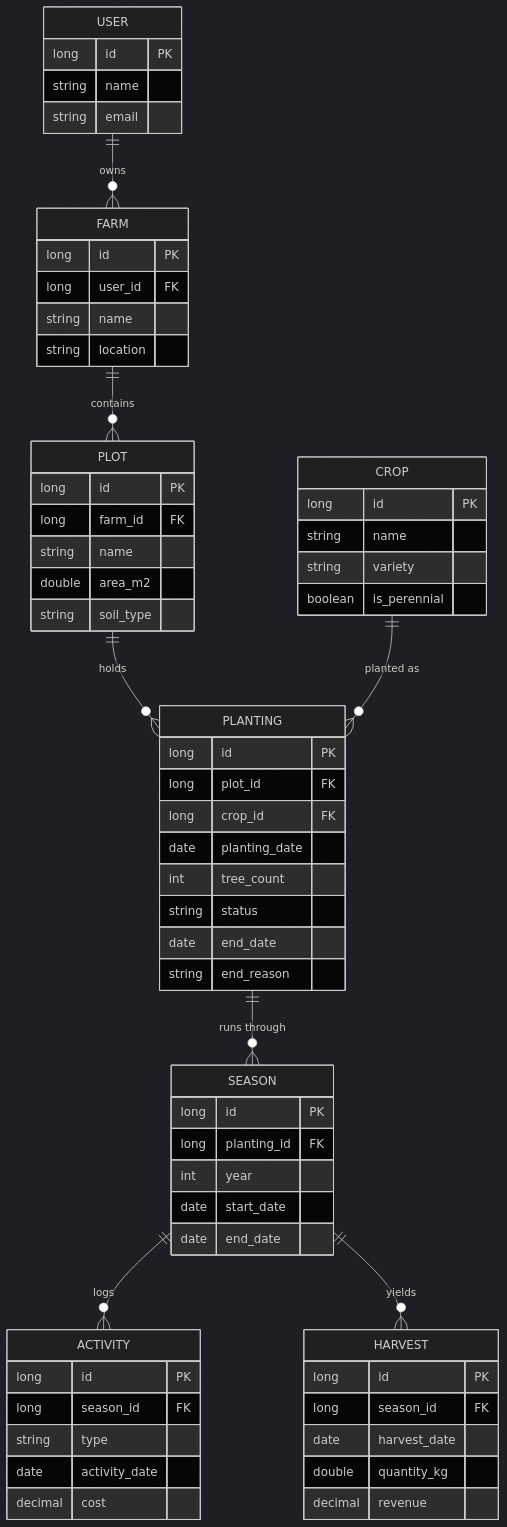
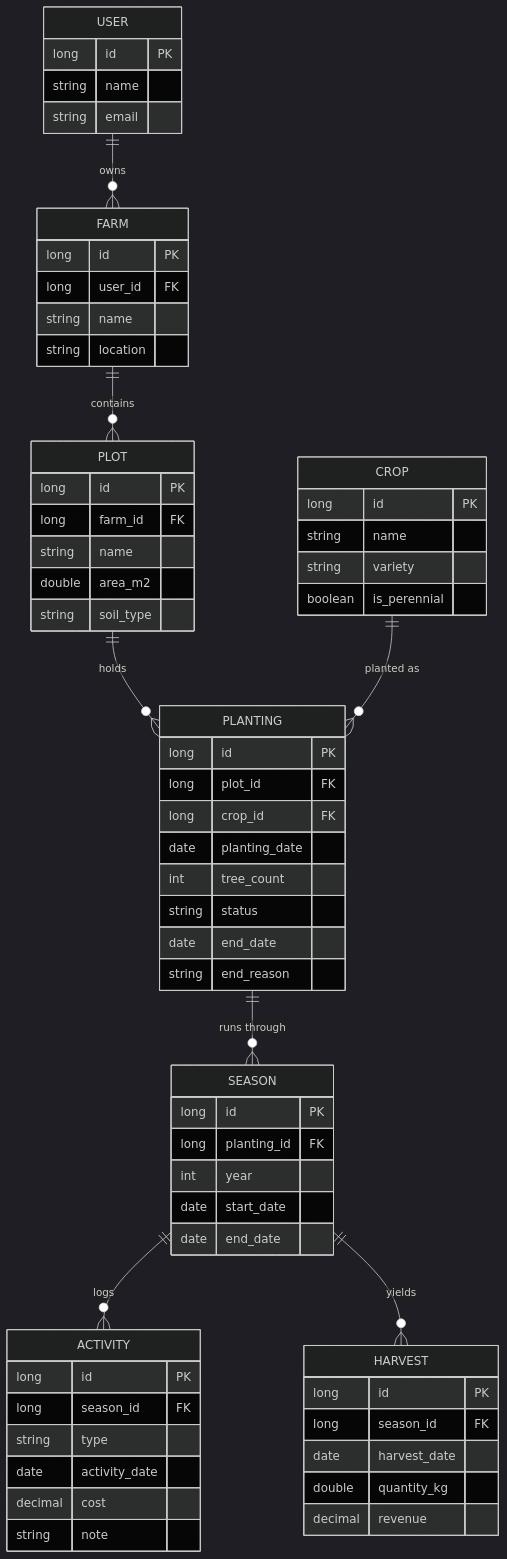
The diagram in docs/design.md (hmddevv/SystemVF), drawn with Mermaid (dark theme) before and after one commit. The commit also changed other lines of this file and 56 other files, not shown here.

````diff
--- a/docs/design.md
+++ b/docs/design.md
@@ -97,66 +97,67 @@
 ```mermaid
 erDiagram
   USER ||--o{ FARM : owns
   FARM ||--o{ PLOT : contains
   PLOT ||--o{ PLANTING : holds
   CROP ||--o{ PLANTING : "planted as"
   PLANTING ||--o{ SEASON : "runs through"
   SEASON ||--o{ ACTIVITY : logs
   SEASON ||--o{ HARVEST : yields
 
   USER {
     long id PK
     string name
     string email
   }
   FARM {
     long id PK
     long user_id FK
     string name
     string location
   }
   PLOT {
     long id PK
     long farm_id FK
     string name
     double area_m2
     string soil_type
   }
   CROP {
     long id PK
     string name
     string variety
     boolean is_perennial
   }
   PLANTING {
     long id PK
     long plot_id FK
     long crop_id FK
     date planting_date
     int tree_count
     string status
     date end_date
     string end_reason
   }
   SEASON {
     long id PK
     long planting_id FK
     int year
     date start_date
     date end_date
   }
   ACTIVITY {
     long id PK
     long season_id FK
     string type
     date activity_date
     decimal cost
+    string note
   }
   HARVEST {
     long id PK
     long season_id FK
     date harvest_date
     double quantity_kg
     decimal revenue
   }
 ```
````
